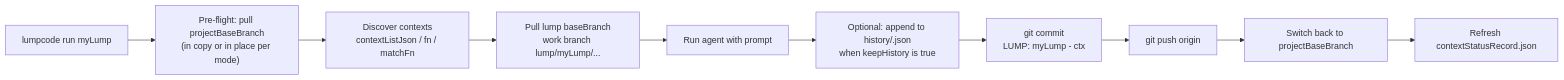
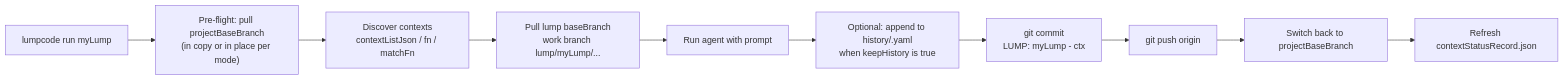
Before and after one commit to lumpcode/lumpcode: the first of 2 diagrams in packages/apps/cli/DOCS/concepts.md, drawn with Mermaid. The commit also changed other lines of this file and 18 other files, not shown here.

Commit message:
LUMP: v0.0.7 - history-as-yaml

````diff
--- a/packages/apps/cli/DOCS/concepts.md
+++ b/packages/apps/cli/DOCS/concepts.md
@@ -63,14 +63,14 @@
 ```mermaid
 flowchart LR
   start["lumpcode run myLump"]
   preflight["Pre-flight: pull projectBaseBranch<br/>(in copy or in place per mode)"]
   discover["Discover contexts<br/>contextListJson / fn / matchFn"]
   checkout["Pull lump baseBranch<br/>work branch lump/myLump/..."]
   agent["Run agent with prompt"]
-  history["Optional: append to history/<context>.json<br/>when keepHistory is true"]
+  history["Optional: append to history/<context>.yaml<br/>when keepHistory is true"]
   commit["git commit<br/>LUMP: myLump - ctx"]
   push["git push origin"]
   refresh["Refresh contextStatusRecord.json"]
   back["Switch back to projectBaseBranch"]
   start --> preflight --> discover --> checkout --> agent --> history --> commit --> push --> back --> refresh
 ```
````
